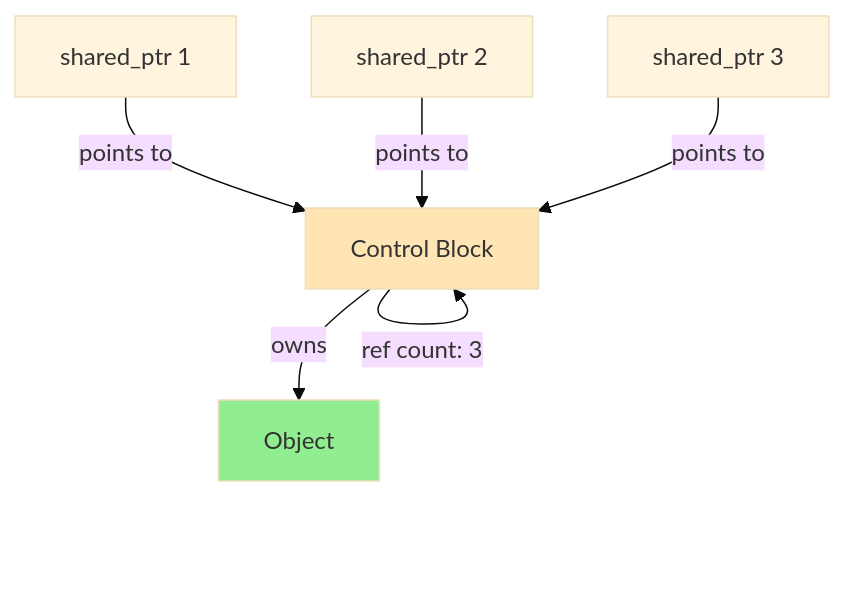
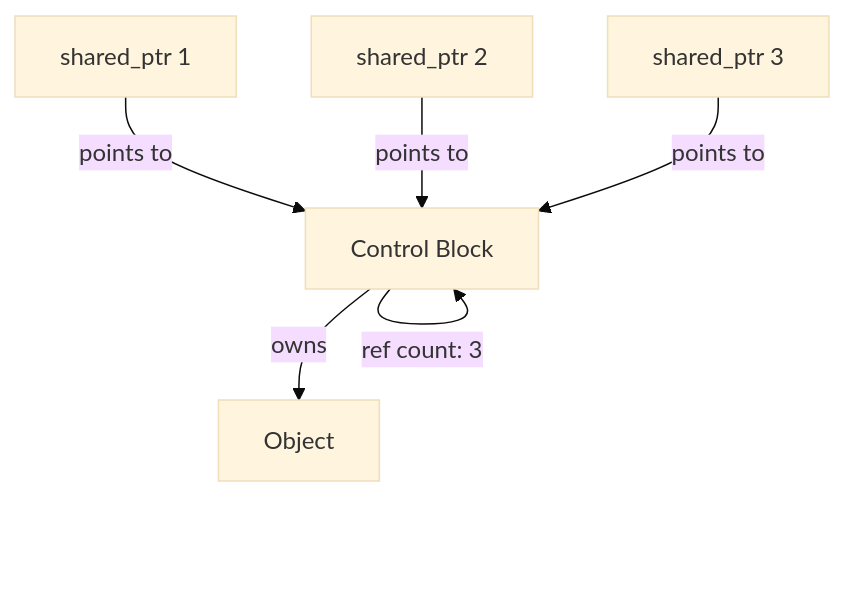
Before and after one commit to AndriiSonsiadlo/knowledge-base: the diagram in docs/programming/cpp/06-pointers-references-and-smart-pointers/shared-ptr.md, drawn with Mermaid (base theme). The commit also changed 8 other files, not shown here.

Commit message:
style (C++): theme-agnostic diagrams in memory, pointers and OOP docs

````diff
--- a/docs/programming/cpp/06-pointers-references-and-smart-pointers/shared-ptr.md
+++ b/docs/programming/cpp/06-pointers-references-and-smart-pointers/shared-ptr.md
@@ -25,11 +25,9 @@
 ```mermaid
 graph TD
     A[shared_ptr 1] -->|points to| D[Control Block]
     B[shared_ptr 2] -->|points to| D
     C[shared_ptr 3] -->|points to| D
     D -->|owns| E[Object]
     D -->|ref count: 3| D
     
-    style E fill:#90EE90
-    style D fill:#FFE5B4
 ```
````
